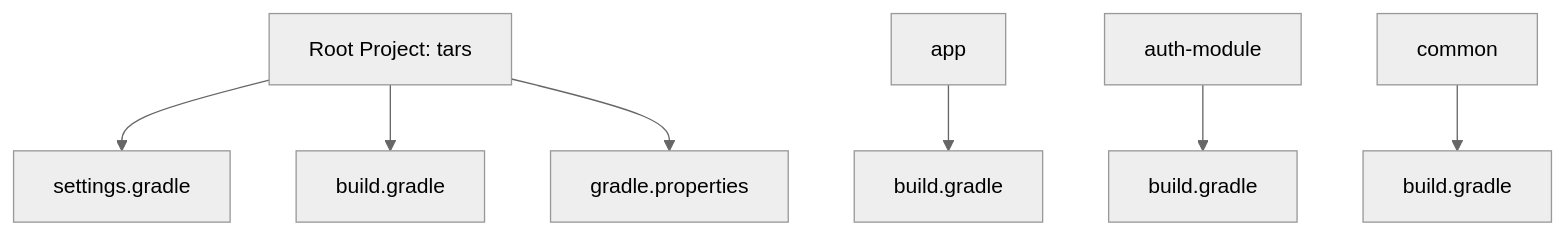
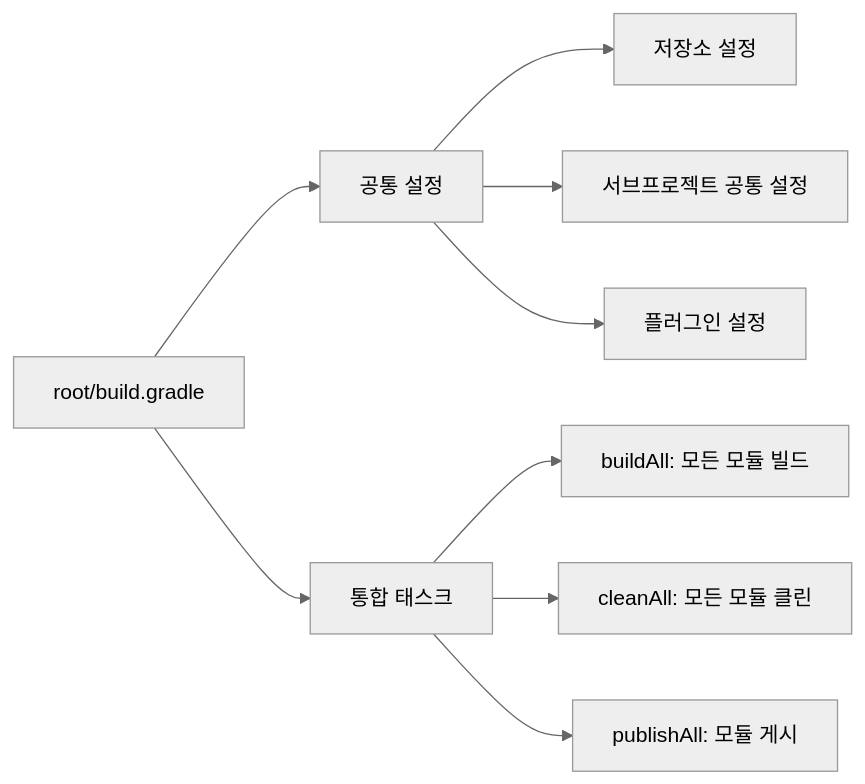
Before and after one commit to christopher3810/tars: the second of 3 diagrams in multi-module-structure.md, drawn with Mermaid (neutral theme). The commit also changed other lines of this file, not shown here.

````diff
--- a/multi-module-structure.md
+++ b/multi-module-structure.md
@@ -26,12 +34,13 @@
 ```mermaid
-graph TD
-    Root[Root Project: tars] --> RootSettings[settings.gradle]
-    Root --> RootBuild[build.gradle]
-    Root --> GradleProps[gradle.properties]
+graph LR
+    Root[root/build.gradle] --> Common[공통 설정]
+    Root --> Tasks[통합 태스크]
     
-    App[app] --> AppBuild[build.gradle]
+    Common --> Repos[저장소 설정]
+    Common --> Subprojects[서브프로젝트 공통 설정]
+    Common --> Plugins[플러그인 설정]
     
-    Auth[auth-module] --> AuthBuild[build.gradle]
-    
-    Common[common] --> CommonBuild[build.gradle]
+    Tasks --> BuildAll[buildAll: 모든 모듈 빌드]
+    Tasks --> CleanAll[cleanAll: 모든 모듈 클린]
+    Tasks --> PublishAll[publishAll: 모듈 게시]
 ```
````
